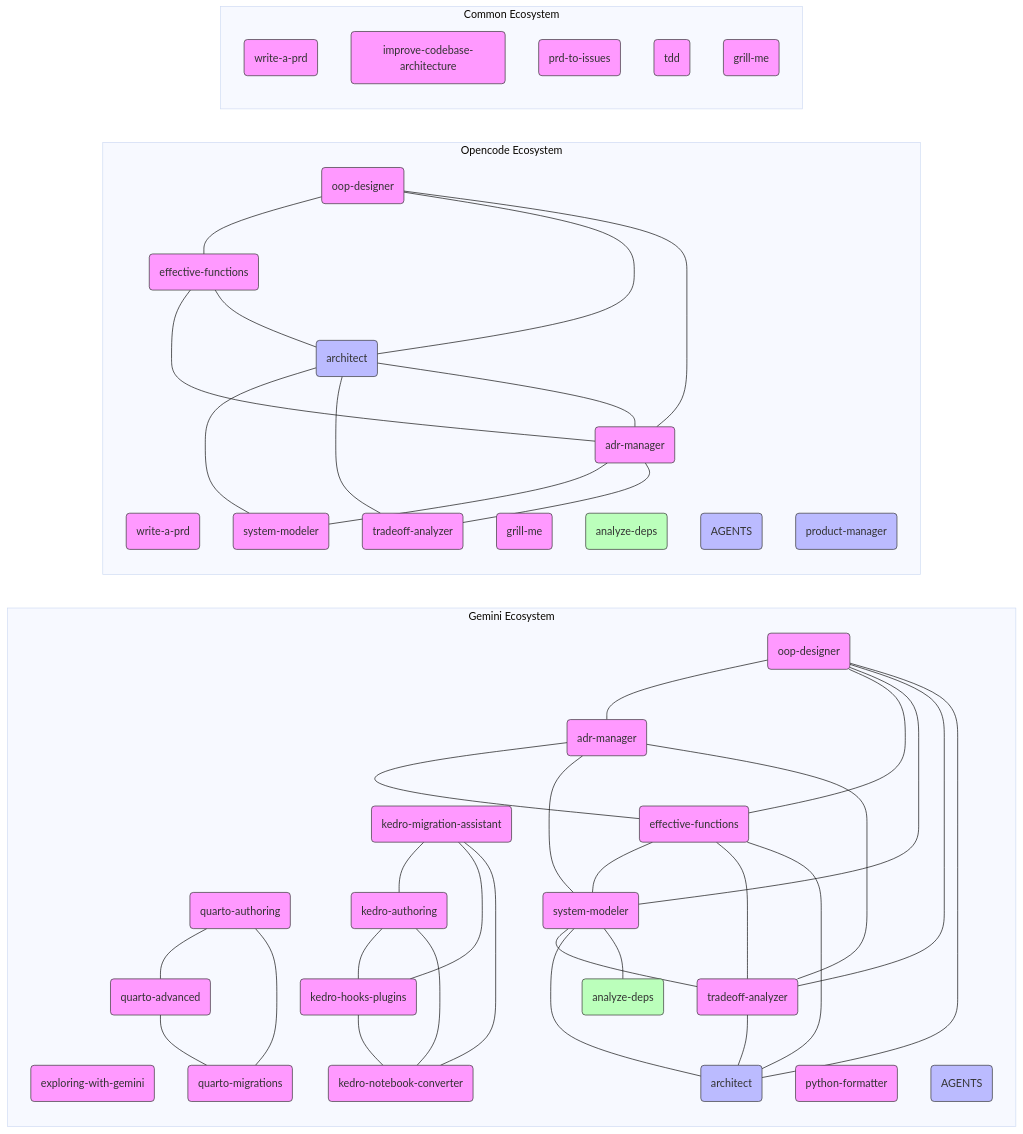
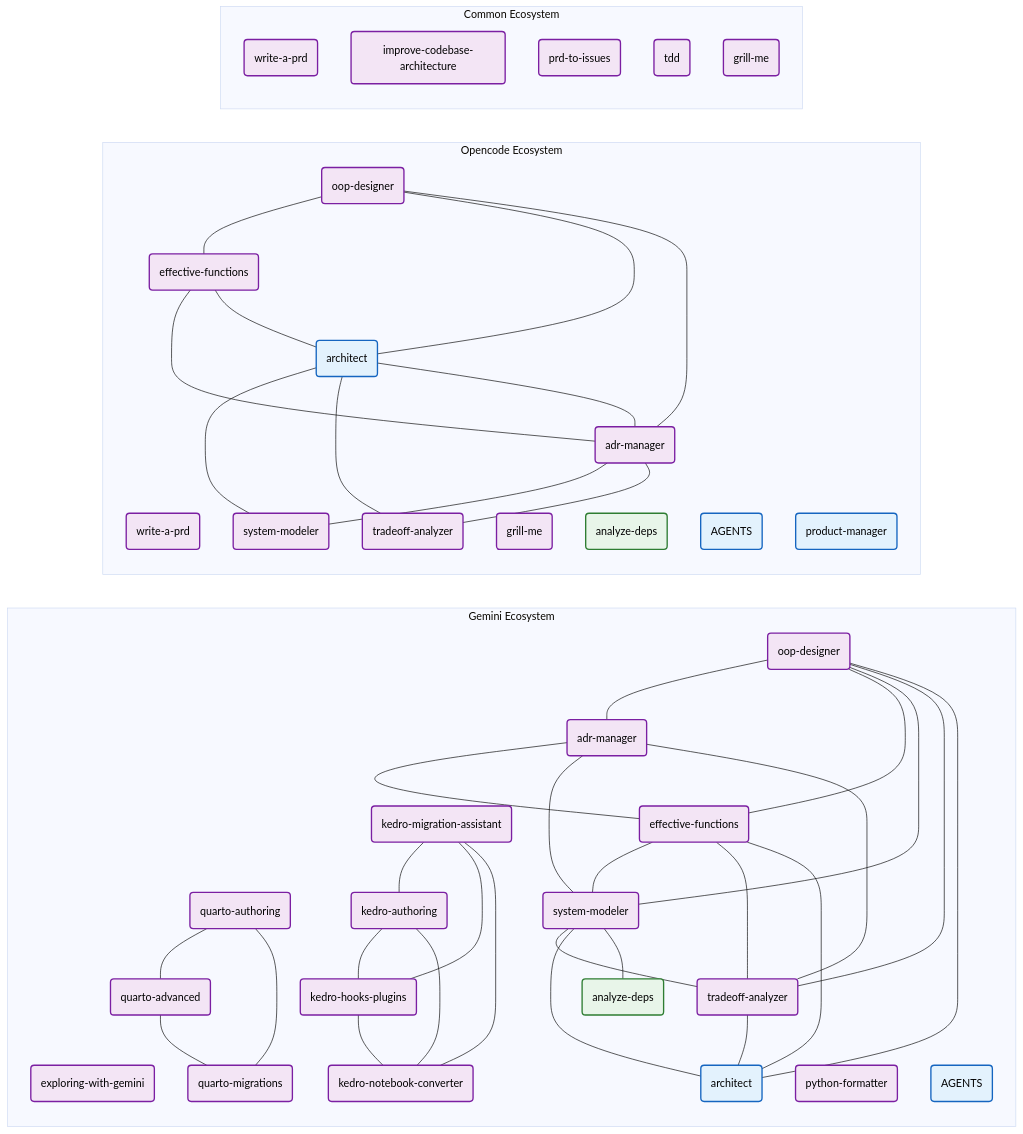
One commit to framunoz/skills changed the diagram in RELATIONS.md. Above: the diagram before and after it, drawn with Mermaid (base theme). The commit also changed 1 other file, not shown here.

Commit message:
style: update Mermaid graph class definitions to use high-contrast color schemes

````diff
--- a/RELATIONS.md
+++ b/RELATIONS.md
@@ -3,79 +3,79 @@
 ```mermaid
 graph LR
     subgraph GEMINI_PLATFORM [Gemini Ecosystem]
         gemini__exploring-with-gemini(exploring-with-gemini):::skillStyle
         gemini__quarto-authoring(quarto-authoring):::skillStyle
         gemini__quarto-advanced(quarto-advanced):::skillStyle
         gemini__quarto-migrations(quarto-migrations):::skillStyle
         gemini__kedro-migration-assistant(kedro-migration-assistant):::skillStyle
         gemini__kedro-authoring(kedro-authoring):::skillStyle
         gemini__kedro-hooks-plugins(kedro-hooks-plugins):::skillStyle
         gemini__kedro-notebook-converter(kedro-notebook-converter):::skillStyle
         gemini__oop-designer(oop-designer):::skillStyle
         gemini__adr-manager(adr-manager):::skillStyle
         gemini__effective-functions(effective-functions):::skillStyle
         gemini__system-modeler(system-modeler):::skillStyle
         gemini__tradeoff-analyzer(tradeoff-analyzer):::skillStyle
         gemini__architect(architect):::agentStyle
         gemini__python-formatter(python-formatter):::skillStyle
         gemini__analyze-deps(analyze-deps):::commandStyle
         gemini__AGENTS(AGENTS):::agentStyle
     end
     subgraph OPENCODE_PLATFORM [Opencode Ecosystem]
         opencode__write-a-prd(write-a-prd):::skillStyle
         opencode__oop-designer(oop-designer):::skillStyle
         opencode__effective-functions(effective-functions):::skillStyle
         opencode__architect(architect):::agentStyle
         opencode__adr-manager(adr-manager):::skillStyle
         opencode__system-modeler(system-modeler):::skillStyle
         opencode__tradeoff-analyzer(tradeoff-analyzer):::skillStyle
         opencode__grill-me(grill-me):::skillStyle
         opencode__analyze-deps(analyze-deps):::commandStyle
         opencode__AGENTS(AGENTS):::agentStyle
         opencode__product-manager(product-manager):::agentStyle
     end
     subgraph COMMON_PLATFORM [Common Ecosystem]
         common__write-a-prd(write-a-prd):::skillStyle
         common__improve-codebase-architecture(improve-codebase-architecture):::skillStyle
         common__prd-to-issues(prd-to-issues):::skillStyle
         common__tdd(tdd):::skillStyle
         common__grill-me(grill-me):::skillStyle
     end
     opencode__oop-designer --- opencode__effective-functions
     opencode__oop-designer --- opencode__architect
     opencode__oop-designer --- opencode__adr-manager
     opencode__effective-functions --- opencode__adr-manager
     opencode__effective-functions --- opencode__architect
     opencode__architect --- opencode__system-modeler
     opencode__architect --- opencode__tradeoff-analyzer
     opencode__architect --- opencode__adr-manager
     opencode__adr-manager --- opencode__system-modeler
     opencode__adr-manager --- opencode__tradeoff-analyzer
     gemini__quarto-authoring --- gemini__quarto-advanced
     gemini__quarto-authoring --- gemini__quarto-migrations
     gemini__quarto-advanced --- gemini__quarto-migrations
     gemini__kedro-migration-assistant --- gemini__kedro-authoring
     gemini__kedro-migration-assistant --- gemini__kedro-hooks-plugins
     gemini__kedro-migration-assistant --- gemini__kedro-notebook-converter
     gemini__kedro-authoring --- gemini__kedro-hooks-plugins
     gemini__kedro-authoring --- gemini__kedro-notebook-converter
     gemini__kedro-hooks-plugins --- gemini__kedro-notebook-converter
     gemini__oop-designer --- gemini__adr-manager
     gemini__oop-designer --- gemini__effective-functions
     gemini__oop-designer --- gemini__system-modeler
     gemini__oop-designer --- gemini__tradeoff-analyzer
     gemini__oop-designer --- gemini__architect
     gemini__adr-manager --- gemini__effective-functions
     gemini__adr-manager --- gemini__system-modeler
     gemini__adr-manager --- gemini__tradeoff-analyzer
     gemini__effective-functions --- gemini__system-modeler
     gemini__effective-functions --- gemini__tradeoff-analyzer
     gemini__effective-functions --- gemini__architect
     gemini__system-modeler --- gemini__tradeoff-analyzer
     gemini__system-modeler --- gemini__architect
     gemini__system-modeler --- gemini__analyze-deps
     gemini__tradeoff-analyzer --- gemini__architect
-    classDef skillStyle fill:#f9f,stroke:#333
-    classDef agentStyle fill:#bbf,stroke:#333
-    classDef commandStyle fill:#bfb,stroke:#333
+    classDef skillStyle fill:#f3e5f5,stroke:#7b1fa2,stroke-width:2px,color:#000
+    classDef agentStyle fill:#e3f2fd,stroke:#1565c0,stroke-width:2px,color:#000
+    classDef commandStyle fill:#e8f5e9,stroke:#2e7d32,stroke-width:2px,color:#000
 ```
````
